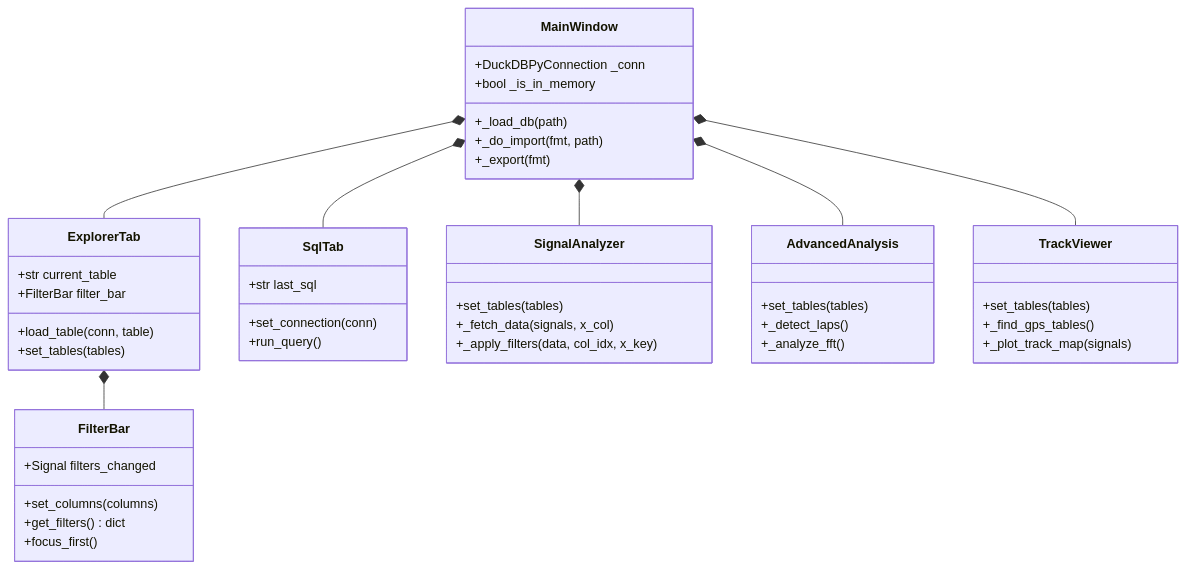
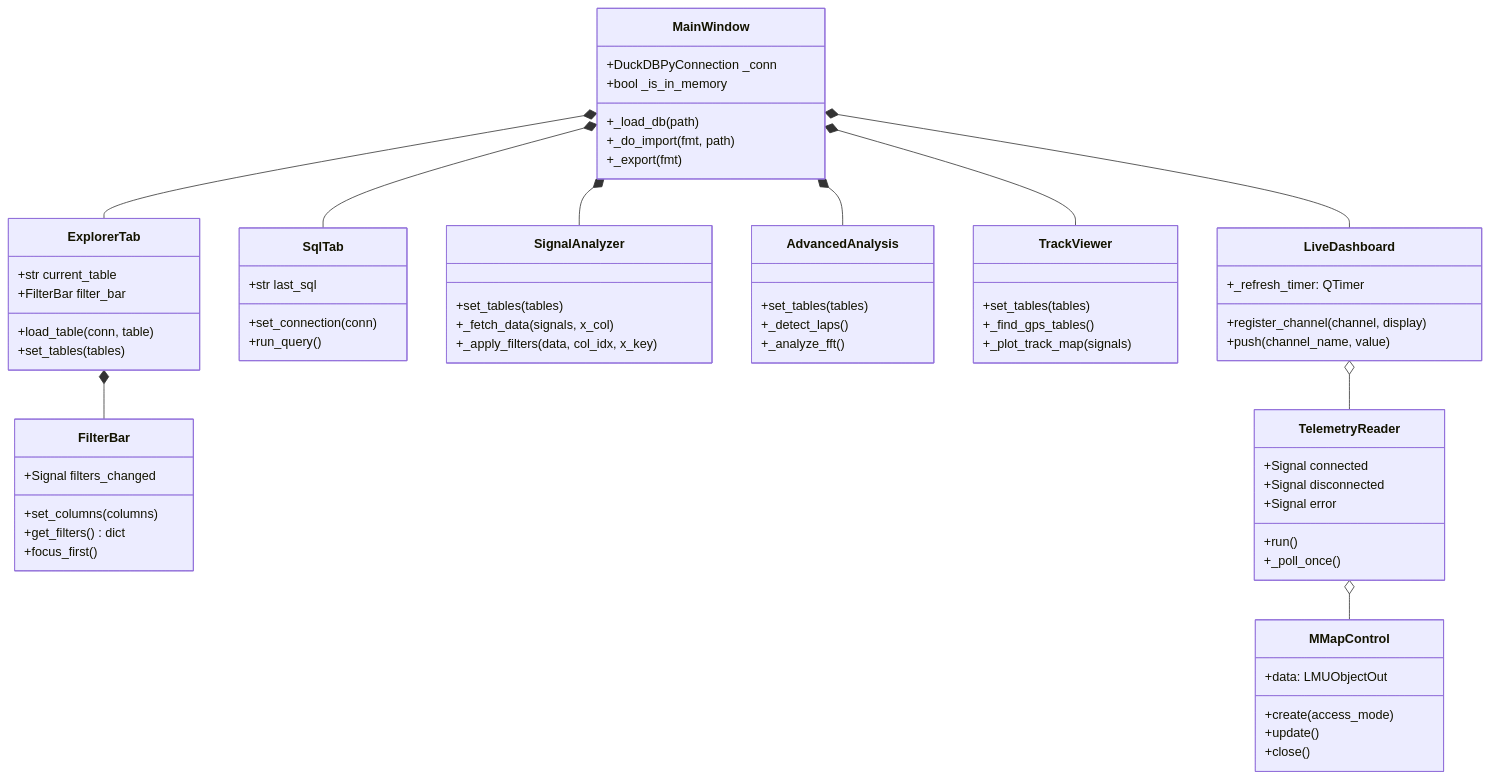
The first of 29 diagrams in docs/docs/lmupi/modules.md (SeamusMullan/TeleMU), drawn with Mermaid before and after one commit. The commit also changed other lines of this file and 93 other files, not shown here.

Commit message:
docs: restructure for Python-only, agent-friendly architecture

````diff
--- a/docs/docs/lmupi/modules.md
+++ b/docs/docs/lmupi/modules.md
@@ -9,55 +9,79 @@
 ```mermaid
 classDiagram
     class MainWindow {
         +DuckDBPyConnection _conn
         +bool _is_in_memory
         +_load_db(path)
         +_do_import(fmt, path)
         +_export(fmt)
     }
 
     class ExplorerTab {
         +str current_table
         +FilterBar filter_bar
         +load_table(conn, table)
         +set_tables(tables)
     }
 
     class FilterBar {
         +Signal filters_changed
         +set_columns(columns)
         +get_filters() dict
         +focus_first()
     }
 
     class SqlTab {
         +str last_sql
         +set_connection(conn)
         +run_query()
     }
 
     class SignalAnalyzer {
         +set_tables(tables)
         +_fetch_data(signals, x_col)
         +_apply_filters(data, col_idx, x_key)
     }
 
     class AdvancedAnalysis {
         +set_tables(tables)
         +_detect_laps()
         +_analyze_fft()
     }
 
     class TrackViewer {
         +set_tables(tables)
         +_find_gps_tables()
         +_plot_track_map(signals)
     }
 
+    class LiveDashboard {
+        +register_channel(channel, display)
+        +push(channel_name, value)
+        +_refresh_timer: QTimer
+    }
+
+    class TelemetryReader {
+        +Signal connected
+        +Signal disconnected
+        +Signal error
+        +run()
+        +_poll_once()
+    }
+
+    class MMapControl {
+        +data: LMUObjectOut
+        +create(access_mode)
+        +update()
+        +close()
+    }
+
     MainWindow *-- ExplorerTab
     MainWindow *-- SqlTab
     MainWindow *-- SignalAnalyzer
     MainWindow *-- AdvancedAnalysis
     MainWindow *-- TrackViewer
+    MainWindow *-- LiveDashboard
     ExplorerTab *-- FilterBar
+    LiveDashboard o-- TelemetryReader
+    TelemetryReader o-- MMapControl
 ```
````
